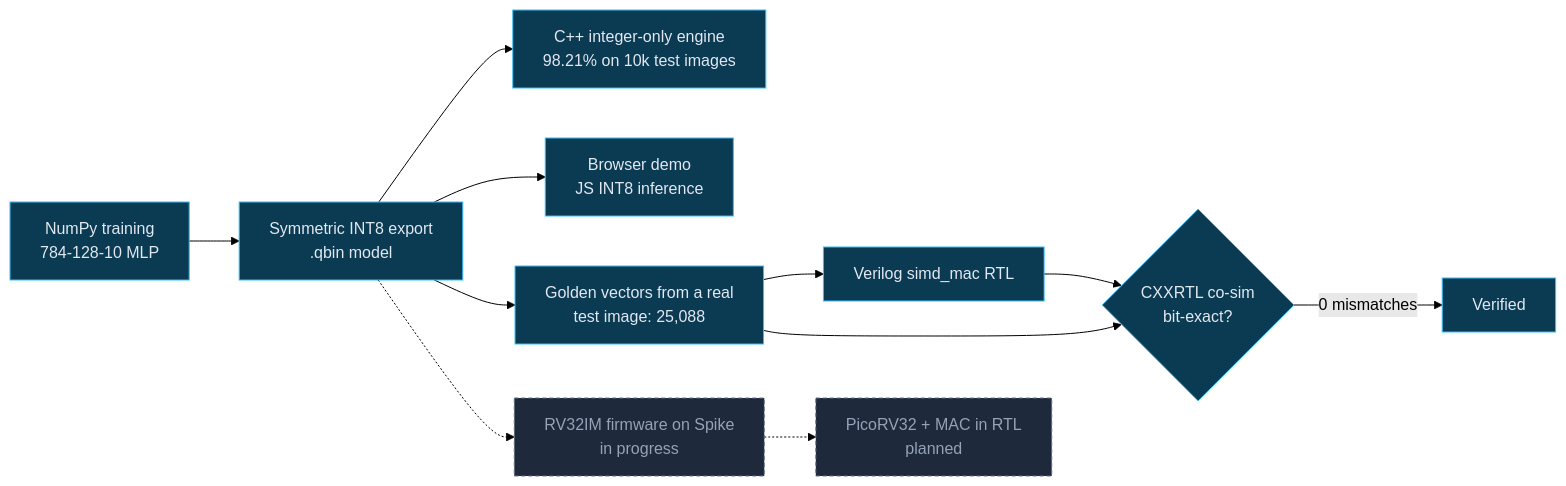
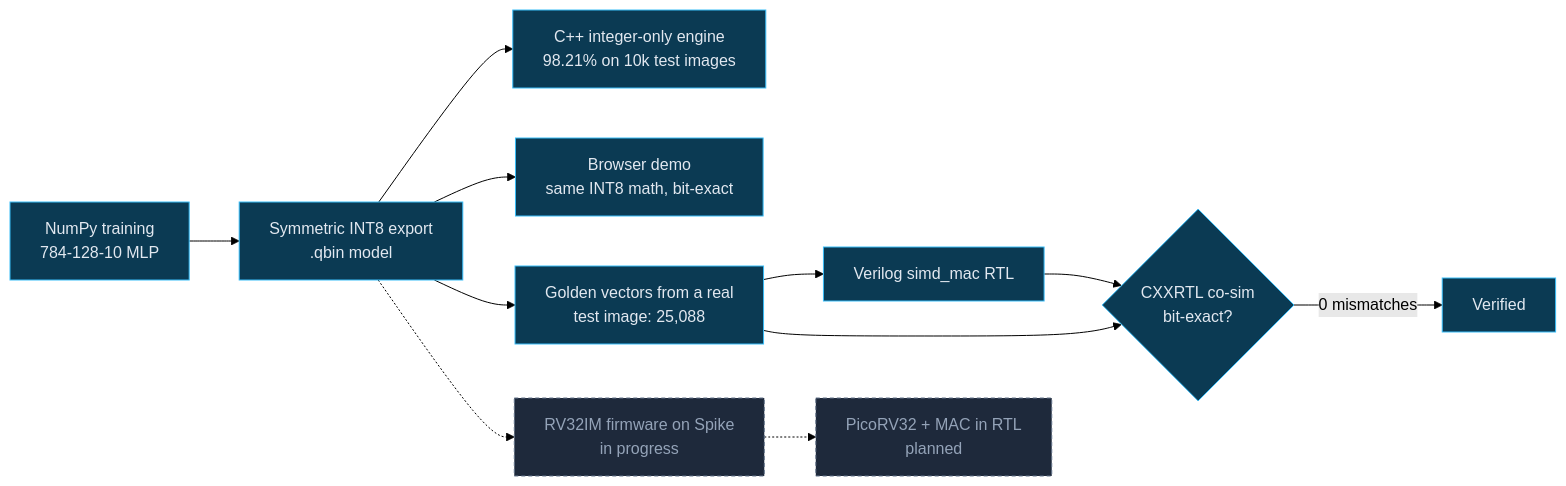
Before and after one commit to sajedulislam5840/riscv-edge-ai: the first of 5 diagrams in README.md, drawn with Mermaid (forest theme). The commit also changed other lines of this file and 14 other files, not shown here.

Commit message:
Web demo: same INT8 math as the C++ engine

````diff
--- a/README.md
+++ b/README.md
@@ -39,18 +43,18 @@
 ```mermaid
 flowchart LR
     A["NumPy training<br/>784-128-10 MLP"] --> B["Symmetric INT8 export<br/>.qbin model"]
     B --> C["C++ integer-only engine<br/>98.21% on 10k test images"]
-    B --> F["Browser demo<br/>JS INT8 inference"]
+    B --> F["Browser demo<br/>same INT8 math, bit-exact"]
     B --> D["Golden vectors from a real<br/>test image: 25,088"]
     D --> E["Verilog simd_mac RTL"]
     E --> G{"CXXRTL co-sim<br/>bit-exact?"}
     D --> G
     G -->|"0 mismatches"| H["Verified"]
     B -.-> I["RV32IM firmware on Spike<br/>in progress"]
     I -.-> J["PicoRV32 + MAC in RTL<br/>planned"]
 
     classDef done fill:#0b3a53,stroke:#38bdf8,color:#e2e8f0
     classDef todo fill:#1e293b,stroke:#64748b,color:#94a3b8,stroke-dasharray:4 3
     class A,B,C,D,E,F,G,H done
     class I,J todo
 ```
````
